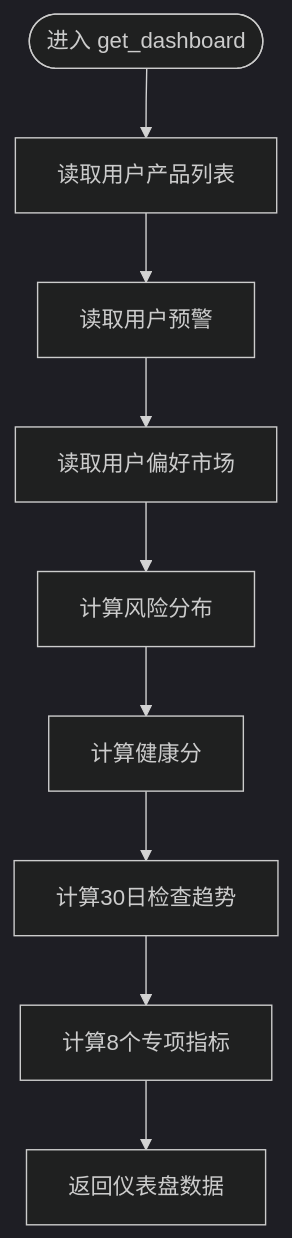
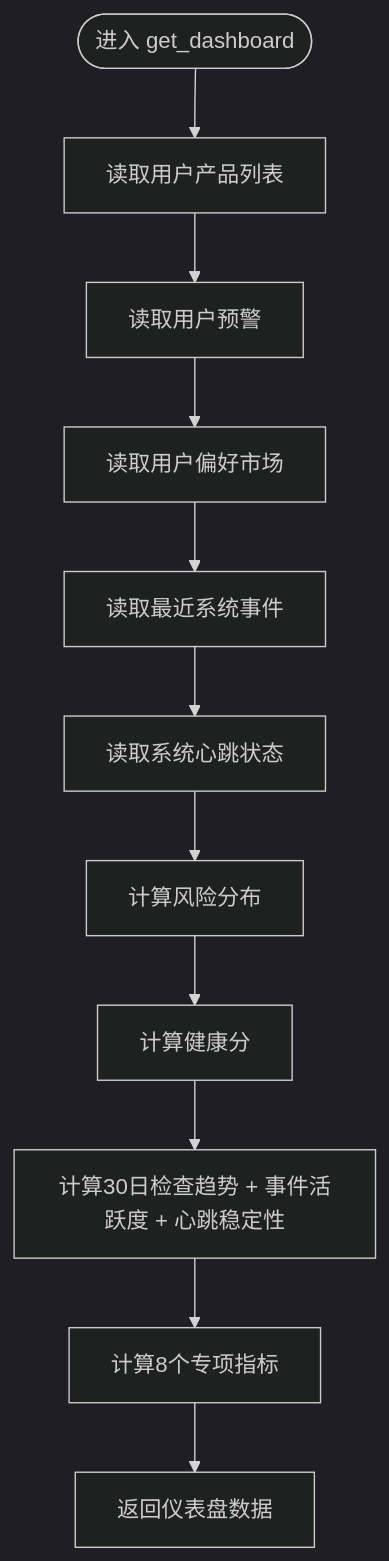
One commit to angledick/- changed the third of 10 diagrams in .qoder/repowiki/zh/content/监控与运维/系统健康监控.md. Above: the diagram before and after it, drawn with Mermaid (dark theme). The commit also changed other lines of this file and 770 other files, not shown here.

````diff
--- a/.qoder/repowiki/zh/content/监控与运维/系统健康监控.md
+++ b/.qoder/repowiki/zh/content/监控与运维/系统健康监控.md
@@ -146,11 +236,13 @@
 ```mermaid
 flowchart TD
 Start(["进入 get_dashboard"]) --> LoadProducts["读取用户产品列表"]
 LoadProducts --> LoadAlerts["读取用户预警"]
 LoadAlerts --> LoadMarkets["读取用户偏好市场"]
-LoadMarkets --> CalcRisk["计算风险分布"]
+LoadMarkets --> LoadEvents["读取最近系统事件"]
+LoadEvents --> LoadHeartbeat["读取系统心跳状态"]
+LoadHeartbeat --> CalcRisk["计算风险分布"]
 CalcRisk --> CalcScore["计算健康分"]
-CalcScore --> CalcTrend["计算30日检查趋势"]
+CalcScore --> CalcTrend["计算30日检查趋势 + 事件活跃度 + 心跳稳定性"]
 CalcTrend --> CalcMetrics["计算8个专项指标"]
 CalcMetrics --> Return["返回仪表盘数据"]
 ```
````
